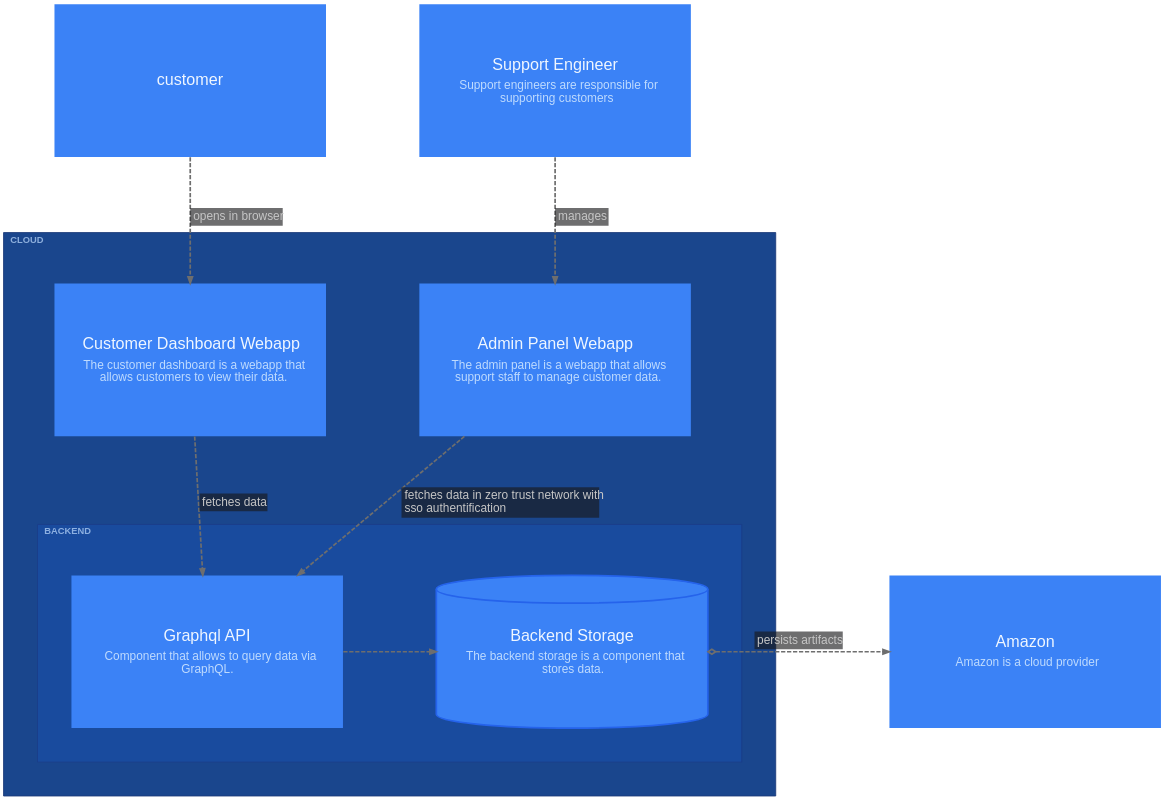
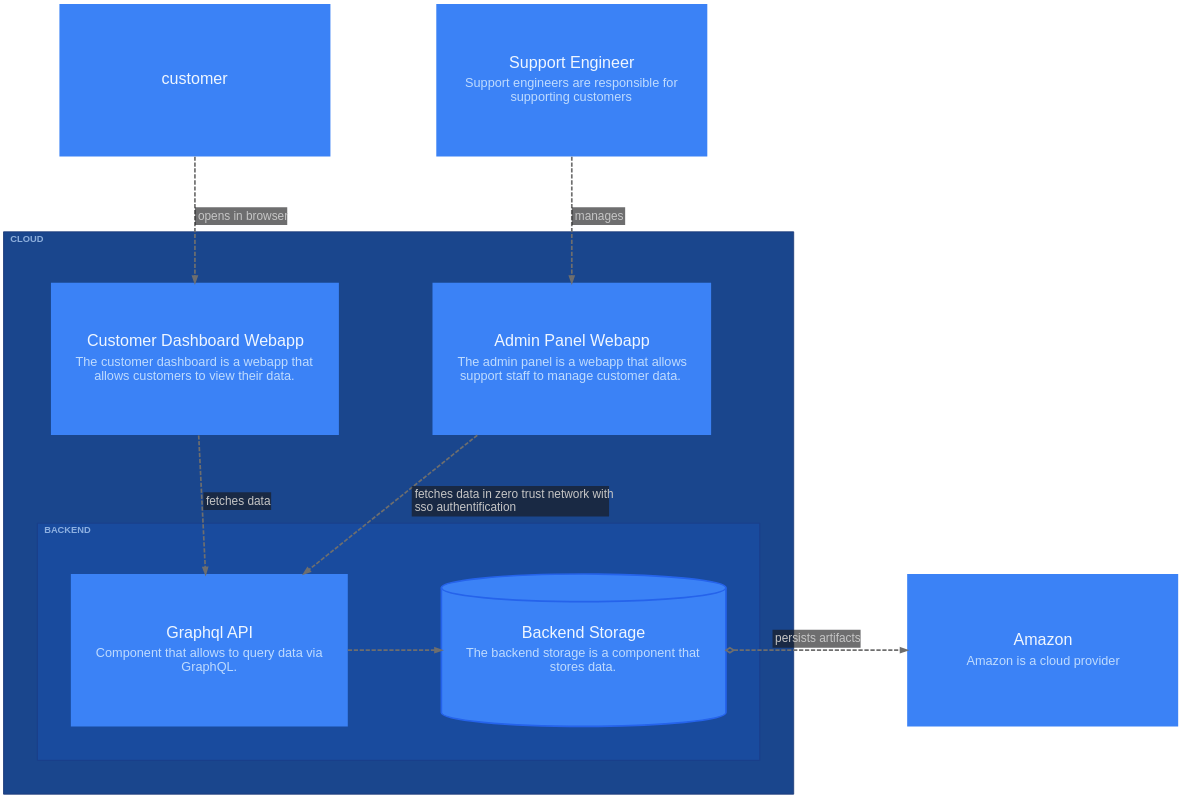
Before and after one commit to likec4/likec4: the diagram in packages/layouts/src/graphviz/__snapshots__/ElementViewPrinter-cloud3levels.dot, drawn with Graphviz. The commit also changed 43 other files, not shown here.

First line of the commit message:
feat: support for new style properties `padding`, `size`, `textSize`

```diff
--- a/packages/layouts/src/graphviz/__snapshots__/ElementViewPrinter-cloud3levels.dot
+++ b/packages/layouts/src/graphviz/__snapshots__/ElementViewPrinter-cloud3levels.dot
@@ -1,145 +1,157 @@
 digraph {
   bgcolor = "transparent";
   layout = "dot";
   compound = true;
   rankdir = "TB";
   TBbalance = "min";
   splines = "spline";
   outputorder = "nodesfirst";
   nodesep = 1.528;
   ranksep = 1.667;
   pad = 0.209;
   fontname = "Arial";
   graph [
     fontsize = 15;
     labeljust = "l";
     labelloc = "t";
     margin = 50.1;
   ];
   edge [
     arrowsize = 0.75;
     fontname = "Arial";
     fontsize = 14;
     penwidth = 2;
     color = "#6E6E6E";
     fontcolor = "#C6C6C6";
   ];
   node [
     fontname = "Arial";
     shape = "rect";
-    width = 4.445;
-    height = 2.5;
     fillcolor = "#3b82f6";
     fontcolor = "#eff6ff";
     color = "#2563eb";
     style = "filled";
     penwidth = 0;
   ];
   "customer" [
     likec4_id = "customer";
     likec4_level = 0;
     label = <<FONT POINT-SIZE="19">customer</FONT>>;
-    margin = "0.362,0.362";
+    margin = "0.334,0.334";
+    width = 4.445;
+    height = 2.5;
   ];
   "support" [
     likec4_id = "support";
     likec4_level = 0;
-    label = <<TABLE BORDER="0" CELLPADDING="0" CELLSPACING="6"><TR><TD><FONT POINT-SIZE="19">Support Engineer</FONT></TD></TR><TR><TD><FONT POINT-SIZE="14" COLOR="#bfdbfe">Support engineers are responsible for<BR/>supporting customers</FONT></TD></TR></TABLE>>;
-    margin = "0.362,0.362";
+    label = <<TABLE BORDER="0" CELLPADDING="0" CELLSPACING="5"><TR><TD><FONT POINT-SIZE="19">Support Engineer</FONT></TD></TR><TR><TD><FONT POINT-SIZE="15" COLOR="#bfdbfe">Support engineers are responsible for<BR/>supporting customers</FONT></TD></TR></TABLE>>;
+    margin = "0.334,0.334";
+    width = 4.445;
+    height = 2.5;
   ];
   "dashboard" [
     likec4_id = "cloud.frontend.dashboard";
     likec4_level = 1;
-    label = <<TABLE BORDER="0" CELLPADDING="0" CELLSPACING="6"><TR><TD><FONT POINT-SIZE="19">Customer Dashboard Webapp</FONT></TD></TR><TR><TD><FONT POINT-SIZE="14" COLOR="#bfdbfe">The customer dashboard is a webapp that<BR/>allows customers to view their data.</FONT></TD></TR></TABLE>>;
-    margin = "0.362,0.362";
+    label = <<TABLE BORDER="0" CELLPADDING="0" CELLSPACING="5"><TR><TD><FONT POINT-SIZE="19">Customer Dashboard Webapp</FONT></TD></TR><TR><TD><FONT POINT-SIZE="15" COLOR="#bfdbfe">The customer dashboard is a webapp that<BR/>allows customers to view their data.</FONT></TD></TR></TABLE>>;
+    margin = "0.334,0.334";
+    width = 4.445;
+    height = 2.5;
     group = "cloud";
   ];
   "adminpanel" [
     likec4_id = "cloud.frontend.adminPanel";
     likec4_level = 1;
-    label = <<TABLE BORDER="0" CELLPADDING="0" CELLSPACING="6"><TR><TD><FONT POINT-SIZE="19">Admin Panel Webapp</FONT></TD></TR><TR><TD><FONT POINT-SIZE="14" COLOR="#bfdbfe">The admin panel is a webapp that allows<BR/>support staff to manage customer data.</FONT></TD></TR></TABLE>>;
-    margin = "0.362,0.362";
+    label = <<TABLE BORDER="0" CELLPADDING="0" CELLSPACING="5"><TR><TD><FONT POINT-SIZE="19">Admin Panel Webapp</FONT></TD></TR><TR><TD><FONT POINT-SIZE="15" COLOR="#bfdbfe">The admin panel is a webapp that allows<BR/>support staff to manage customer data.</FONT></TD></TR></TABLE>>;
+    margin = "0.334,0.334";
+    width = 4.445;
+    height = 2.5;
     group = "cloud";
   ];
   "graphql" [
     likec4_id = "cloud.backend.graphql";
     likec4_level = 2;
-    label = <<TABLE BORDER="0" CELLPADDING="0" CELLSPACING="6"><TR><TD><FONT POINT-SIZE="19">Graphql API</FONT></TD></TR><TR><TD><FONT POINT-SIZE="14" COLOR="#bfdbfe">Component that allows to query data via<BR/>GraphQL.</FONT></TD></TR></TABLE>>;
-    margin = "0.362,0.362";
+    label = <<TABLE BORDER="0" CELLPADDING="0" CELLSPACING="5"><TR><TD><FONT POINT-SIZE="19">Graphql API</FONT></TD></TR><TR><TD><FONT POINT-SIZE="15" COLOR="#bfdbfe">Component that allows to query data via<BR/>GraphQL.</FONT></TD></TR></TABLE>>;
+    margin = "0.334,0.334";
+    width = 4.445;
+    height = 2.5;
     group = "cloud";
   ];
   "storage" [
     likec4_id = "cloud.backend.storage";
     likec4_level = 2;
-    label = <<TABLE BORDER="0" CELLPADDING="0" CELLSPACING="6"><TR><TD><FONT POINT-SIZE="19">Backend Storage</FONT></TD></TR><TR><TD><FONT POINT-SIZE="14" COLOR="#bfdbfe">The backend storage is a component that<BR/>stores data.</FONT></TD></TR></TABLE>>;
-    margin = "0.362,0";
+    label = <<TABLE BORDER="0" CELLPADDING="0" CELLSPACING="5"><TR><TD><FONT POINT-SIZE="19">Backend Storage</FONT></TD></TR><TR><TD><FONT POINT-SIZE="15" COLOR="#bfdbfe">The backend storage is a component that<BR/>stores data.</FONT></TD></TR></TABLE>>;
+    margin = "0.334,0";
+    width = 4.445;
+    height = 2.5;
     penwidth = 2;
     shape = "cylinder";
     group = "cloud";
   ];
   "amazon" [
     likec4_id = "amazon";
     likec4_level = 0;
-    label = <<TABLE BORDER="0" CELLPADDING="0" CELLSPACING="6"><TR><TD><FONT POINT-SIZE="19">Amazon</FONT></TD></TR><TR><TD><FONT POINT-SIZE="14" COLOR="#bfdbfe">Amazon is a cloud provider</FONT></TD></TR></TABLE>>;
-    margin = "0.362,0.362";
+    label = <<TABLE BORDER="0" CELLPADDING="0" CELLSPACING="5"><TR><TD><FONT POINT-SIZE="19">Amazon</FONT></TD></TR><TR><TD><FONT POINT-SIZE="15" COLOR="#bfdbfe">Amazon is a cloud provider</FONT></TD></TR></TABLE>>;
+    margin = "0.334,0.334";
+    width = 4.445;
+    height = 2.5;
   ];
   subgraph "cluster_cloud" {
     likec4_id = "cloud";
     likec4_level = 0;
     likec4_depth = 2;
     fillcolor = "#1a468d";
     color = "#1c3979";
     style = "filled";
     margin = 40;
     label = <<FONT POINT-SIZE="11" COLOR="#bfdbfeb3"><B>CLOUD</B></FONT>>;
     "dashboard";
     "adminpanel";
     subgraph "cluster_backend" {
       likec4_id = "cloud.backend";
       likec4_level = 1;
       likec4_depth = 1;
       fillcolor = "#194b9e";
       color = "#1b3d88";
       style = "filled";
       margin = 40;
       label = <<FONT POINT-SIZE="11" COLOR="#bfdbfeb3"><B>BACKEND</B></FONT>>;
       "graphql";
       "storage";
     }
   }
   "customer" -> "dashboard" [
     likec4_id = "customer:cloud.frontend.dashboard";
     style = "dashed";
     label = <<TABLE BORDER="0" CELLPADDING="3" CELLSPACING="0" BGCOLOR="#18191bA0"><TR><TD ALIGN="TEXT" BALIGN="LEFT"><FONT POINT-SIZE="14">opens in browser</FONT></TD></TR></TABLE>>;
   ];
   "support" -> "adminpanel" [
     likec4_id = "support:cloud.frontend.adminPanel";
     style = "dashed";
     label = <<TABLE BORDER="0" CELLPADDING="3" CELLSPACING="0" BGCOLOR="#18191bA0"><TR><TD ALIGN="TEXT" BALIGN="LEFT"><FONT POINT-SIZE="14">manages</FONT></TD></TR></TABLE>>;
   ];
   "adminpanel" -> "graphql" [
     likec4_id = "cloud.frontend.adminPanel:cloud.backend.graphql";
     style = "dashed";
     label = <<TABLE BORDER="0" CELLPADDING="3" CELLSPACING="0" BGCOLOR="#18191bA0"><TR><TD ALIGN="TEXT" BALIGN="LEFT"><FONT POINT-SIZE="14">fetches data in zero trust network with<BR/>sso authentification</FONT></TD></TR></TABLE>>;
   ];
   "dashboard" -> "graphql" [
     likec4_id = "cloud.frontend.dashboard:cloud.backend.graphql";
     style = "dashed";
     label = <<TABLE BORDER="0" CELLPADDING="3" CELLSPACING="0" BGCOLOR="#18191bA0"><TR><TD ALIGN="TEXT" BALIGN="LEFT"><FONT POINT-SIZE="14">fetches data</FONT></TD></TR></TABLE>>;
   ];
   "storage" -> "amazon" [
     likec4_id = "cloud.backend.storage:amazon";
     style = "dashed";
     label = <<TABLE BORDER="0" CELLPADDING="3" CELLSPACING="0" BGCOLOR="#18191bA0"><TR><TD ALIGN="TEXT" BALIGN="LEFT"><FONT POINT-SIZE="14">persists artifacts</FONT></TD></TR></TABLE>>;
     arrowhead = "normal";
     arrowtail = "odiamond";
     dir = "both";
     minlen = 0;
   ];
   "graphql" -> "storage" [
     likec4_id = "cloud.backend.graphql:cloud.backend.storage";
     style = "dashed";
     weight = 3;
     minlen = 0;
   ];
 }
```
